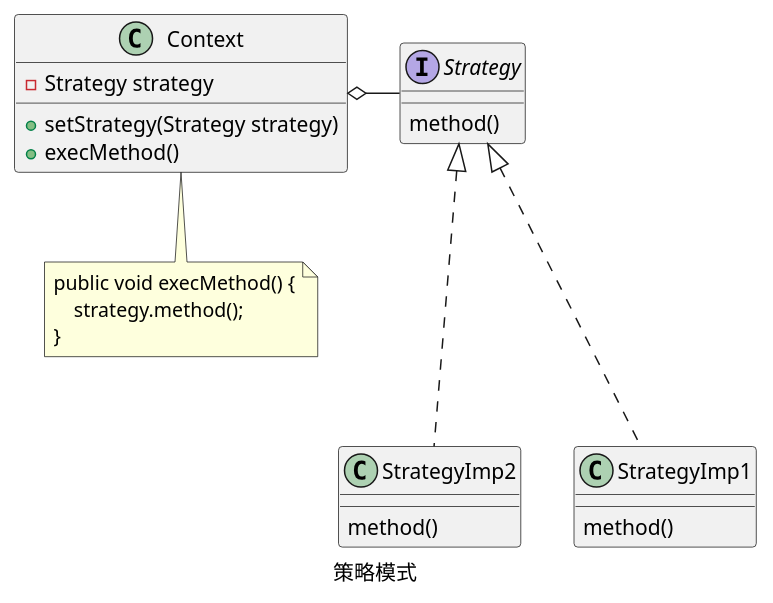
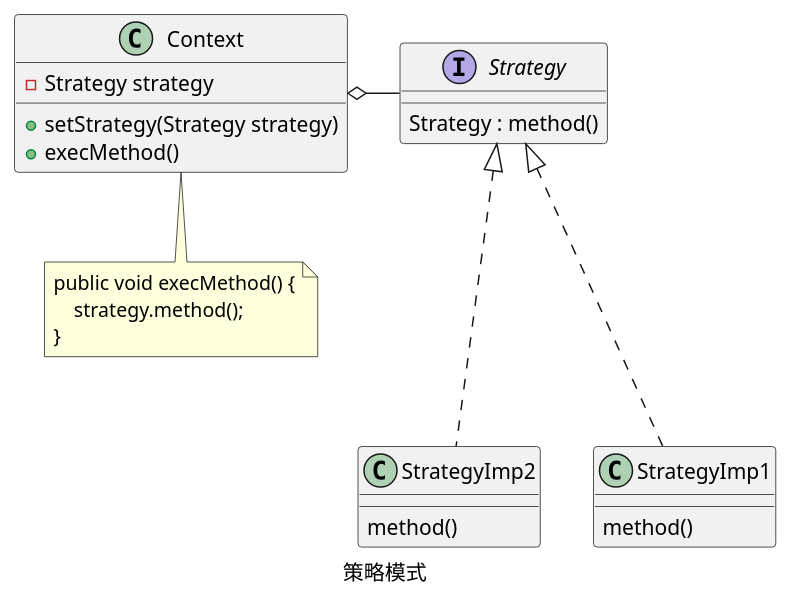
One commit to jonathanzhan/design-pattern changed the diagram in src/main/java/com/workfocus/dp/behavior/strategy/strategy.puml. Above: the diagram before and after it, drawn with PlantUML.

Commit message:
策略模式的UML类图的优化

```diff
--- a/src/main/java/com/workfocus/dp/behavior/strategy/strategy.puml
+++ b/src/main/java/com/workfocus/dp/behavior/strategy/strategy.puml
@@ -1,31 +1,31 @@
 @startuml
 caption 策略模式
-interface Strategy
-
-Strategy : method()
+interface Strategy{
+    Strategy : method()
+}
 
 class Context {
     - Strategy strategy
     + setStrategy(Strategy strategy)
     + execMethod()
 }
 
 note as N1
 public void execMethod() {
     strategy.method();
 }
 end note
 Context .. N1
 
 class StrategyImp1 {
     method()
 }
 
 class StrategyImp2 {
     method()
 }
 Strategy -left--o Context
 StrategyImp2 -up..|> Strategy
 StrategyImp1 -up..|> Strategy
 
 @enduml
```
